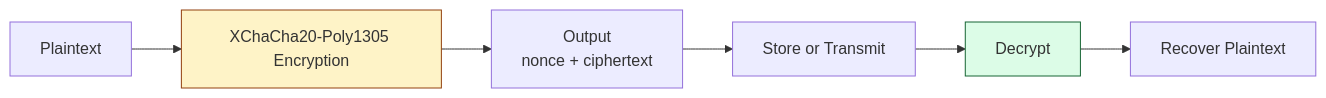
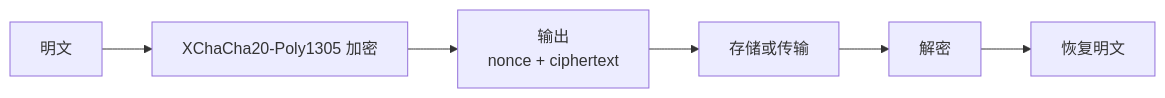
The third of 3 diagrams in docs/API_REFERENCE.md (Kirky-X/confers), drawn with Mermaid before and after one commit. The commit also changed other lines of this file and 15 other files, not shown here.

Commit message:
docs: 文档结构重组(image→assets 统一 assets/ 目录) + 新增 ARCHITECTURE + 内容同步

````diff
--- a/docs/API_REFERENCE.md
+++ b/docs/API_REFERENCE.md
@@ -632,11 +934,8 @@
 ```mermaid
 graph LR
-    A["Plaintext"] --> B["XChaCha20-Poly1305 Encryption"]
-    B --> C["Output<br/>nonce + ciphertext"]
-    C --> D["Store or Transmit"]
-    D --> E["Decrypt"]
-    E --> F["Recover Plaintext"]
-
-    style B fill:#FEF3C7,stroke:#92400E
-    style E fill:#DCFCE7,stroke:#166534
+    A["明文"] --> B["XChaCha20-Poly1305 加密"]
+    B --> C["输出<br/>nonce + ciphertext"]
+    C --> D["存储或传输"]
+    D --> E["解密"]
+    E --> F["恢复明文"]
 ```
````
